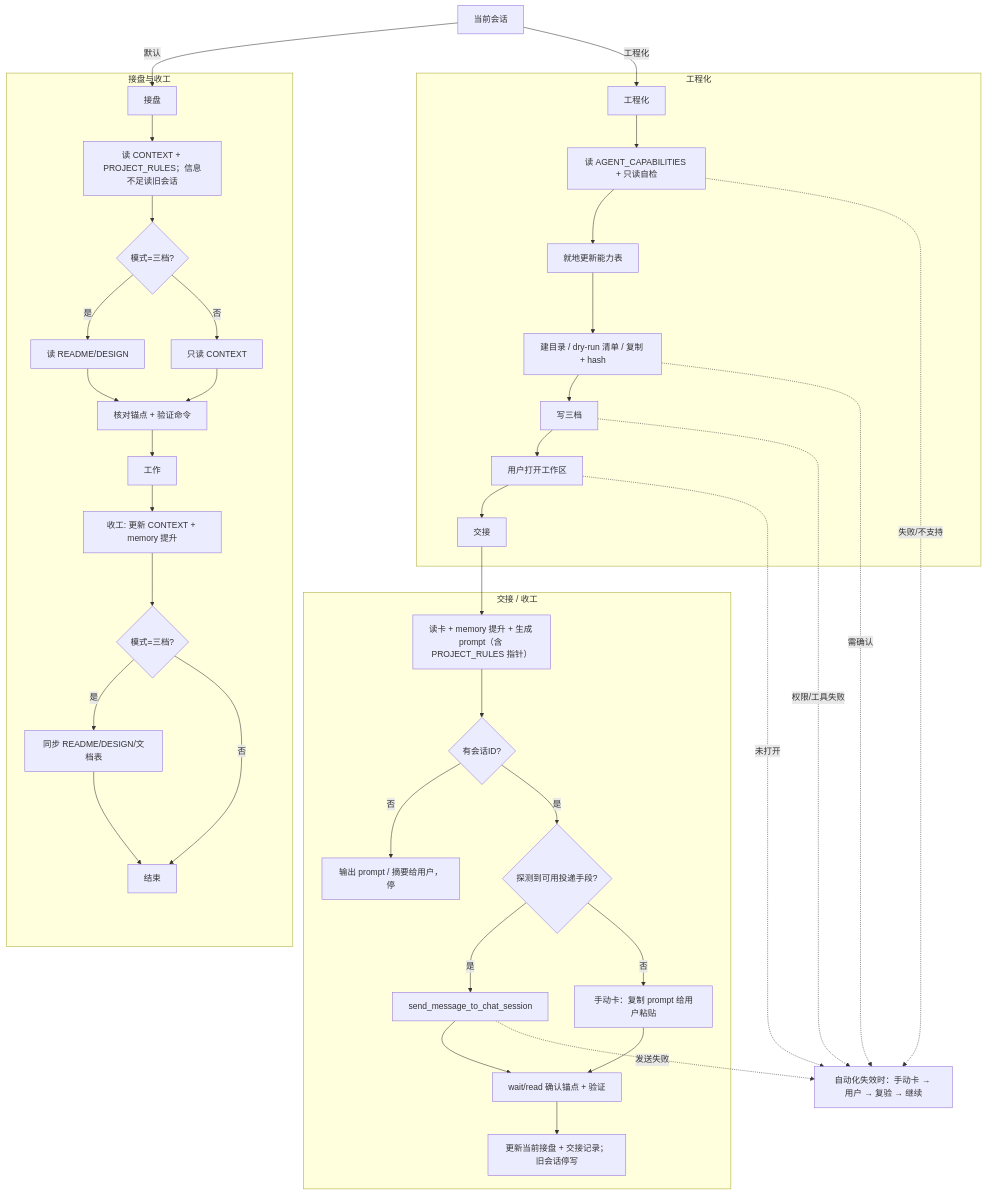
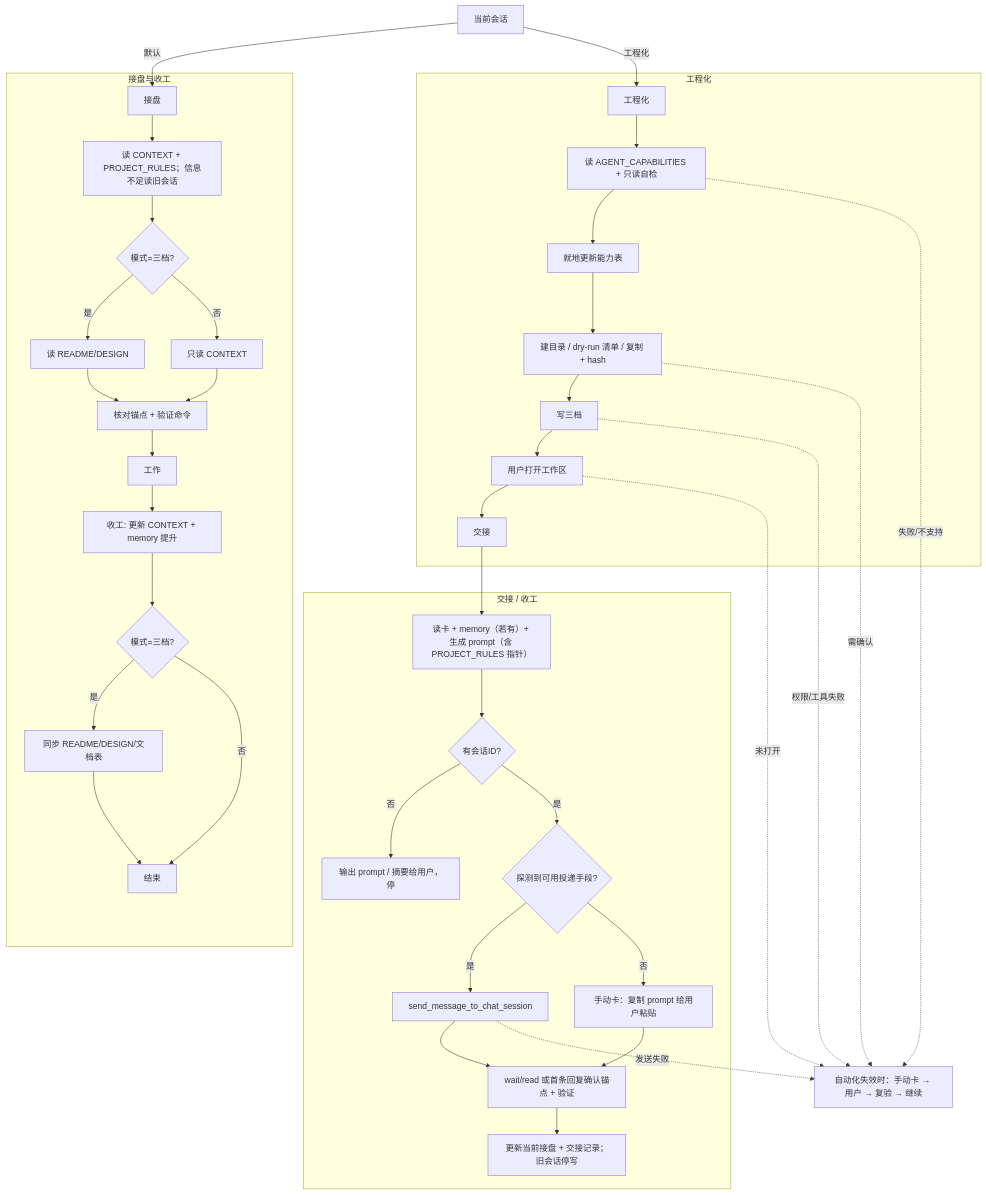
One commit to Lizardon386/multi-agent-task-handoff changed the diagram in DESIGN.md. Above: the diagram before and after it, drawn with Mermaid. The commit also changed 2 other files, not shown here.

Commit message:
docs: 补齐宿主能力探测，去掉硬编码回退

````diff
--- a/DESIGN.md
+++ b/DESIGN.md
@@ -51,47 +51,47 @@
 ```mermaid
 flowchart TD
   A[当前会话] -->|默认| B[接盘]
   A -->|工程化| M[工程化]
 
   subgraph START[接盘与收工]
     B --> C[读 CONTEXT + PROJECT_RULES；信息不足读旧会话]
     C --> D{模式=三档?}
     D -- 是 --> E[读 README/DESIGN]
     D -- 否 --> F[只读 CONTEXT]
     E --> G[核对锚点 + 验证命令]
     F --> G
     G --> H[工作]
     H --> I[收工: 更新 CONTEXT + memory 提升]
     I --> J{模式=三档?}
     J -- 是 --> K[同步 README/DESIGN/文档表]
     J -- 否 --> L[结束]
     K --> L
   end
 
   subgraph ENG[工程化]
     M --> N[读 AGENT_CAPABILITIES + 只读自检]
     N --> N1[就地更新能力表]
     N1 --> O[建目录 / dry-run 清单 / 复制 + hash]
     O --> P[写三档]
     P --> Q[用户打开工作区]
     Q --> R[交接]
   end
 
   subgraph HAND[交接 / 收工]
-    R --> S[读卡 + memory 提升 + 生成 prompt（含 PROJECT_RULES 指针）]
+    R --> S[读卡 + memory（若有）+ 生成 prompt（含 PROJECT_RULES 指针）]
     S --> T{有会话ID?}
     T -- 否 --> V0[输出 prompt / 摘要给用户，停]
     T -- 是 --> T2{探测到可用投递手段?}
     T2 -- 是 --> U[send_message_to_chat_session]
     T2 -- 否 --> V[手动卡：复制 prompt 给用户粘贴]
-    U --> W[wait/read 确认锚点 + 验证]
+    U --> W[wait/read 或首条回复确认锚点 + 验证]
     V --> W
     W --> X[更新当前接盘 + 交接记录；旧会话停写]
   end
 
   N -.失败/不支持.-> Z[自动化失效时：手动卡 → 用户 → 复验 → 继续]
   O -.需确认.-> Z
   P -.权限/工具失败.-> Z
   Q -.未打开.-> Z
   U -.发送失败.-> Z
 ```
````
